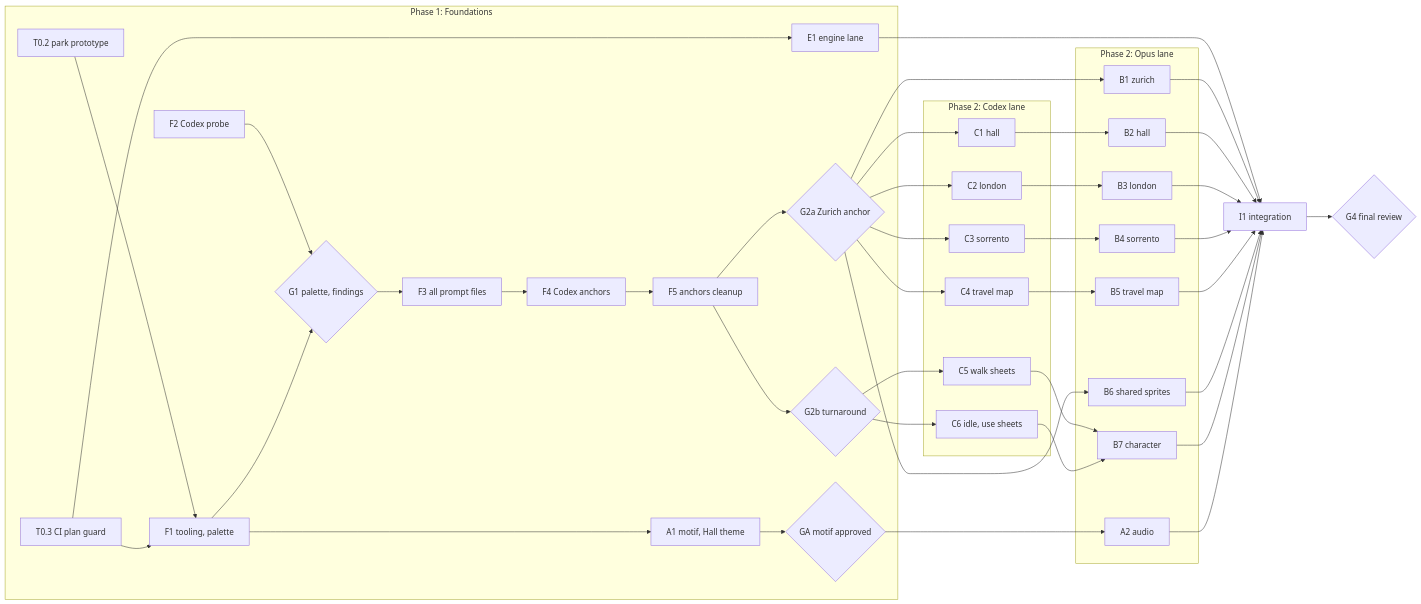
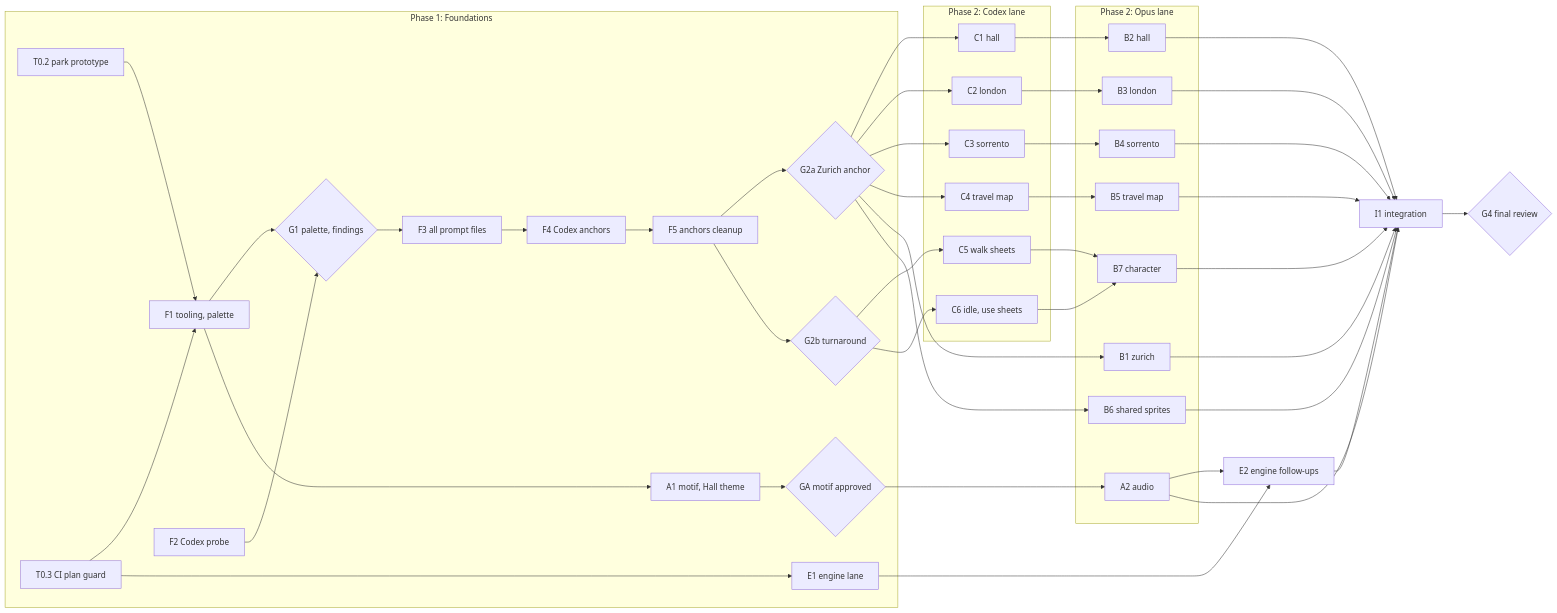
Before and after one commit to floroz/retro-game-portfolio: the diagram in docs/art-spec.md, drawn with Mermaid. The commit also changed other lines of this file, not shown here.

Commit message:
docs: fold E1's implemented contract into the spec and add E2 follow-ups

````diff
--- a/docs/art-spec.md
+++ b/docs/art-spec.md
@@ -452,48 +463,50 @@
 ```mermaid
 flowchart LR
   subgraph P1[Phase 1: Foundations]
     T02[T0.2 park prototype] --> F1[F1 tooling, palette]
     T03[T0.3 CI plan guard] --> F1
     T03 --> E1
     F2[F2 Codex probe] --> G1{G1 palette, findings}
     F1 --> G1
     G1 --> F3[F3 all prompt files]
     F3 --> F4[F4 Codex anchors]
     F4 --> F5[F5 anchors cleanup]
     F5 --> G2a{G2a Zurich anchor}
     F5 --> G2b{G2b turnaround}
     F1 --> A1[A1 motif, Hall theme]
     A1 --> GA{GA motif approved}
   end
   subgraph CX[Phase 2: Codex lane]
     C1[C1 hall]
     C2[C2 london]
     C3[C3 sorrento]
     C4[C4 travel map]
     C5[C5 walk sheets]
     C6[C6 idle, use sheets]
   end
   subgraph OP[Phase 2: Opus lane]
     B1[B1 zurich]
     B2[B2 hall]
     B3[B3 london]
     B4[B4 sorrento]
     B5[B5 travel map]
     B6[B6 shared sprites]
     B7[B7 character]
     A2[A2 audio]
   end
   G2a --> C1 & C2 & C3 & C4
   G2b --> C5 & C6
   G2a --> B1 & B6
   C1 --> B2
   C2 --> B3
   C3 --> B4
   C4 --> B5
   C5 --> B7
   C6 --> B7
   GA --> A2
-  E1[E1 engine lane] --> I1
+  E1[E1 engine lane] --> E2[E2 engine follow-ups]
+  A2 --> E2
+  E2 --> I1
   B1 & B2 & B3 & B4 & B5 & B6 & B7 & A2 --> I1[I1 integration]
   I1 --> G4{G4 final review}
 ```
````
